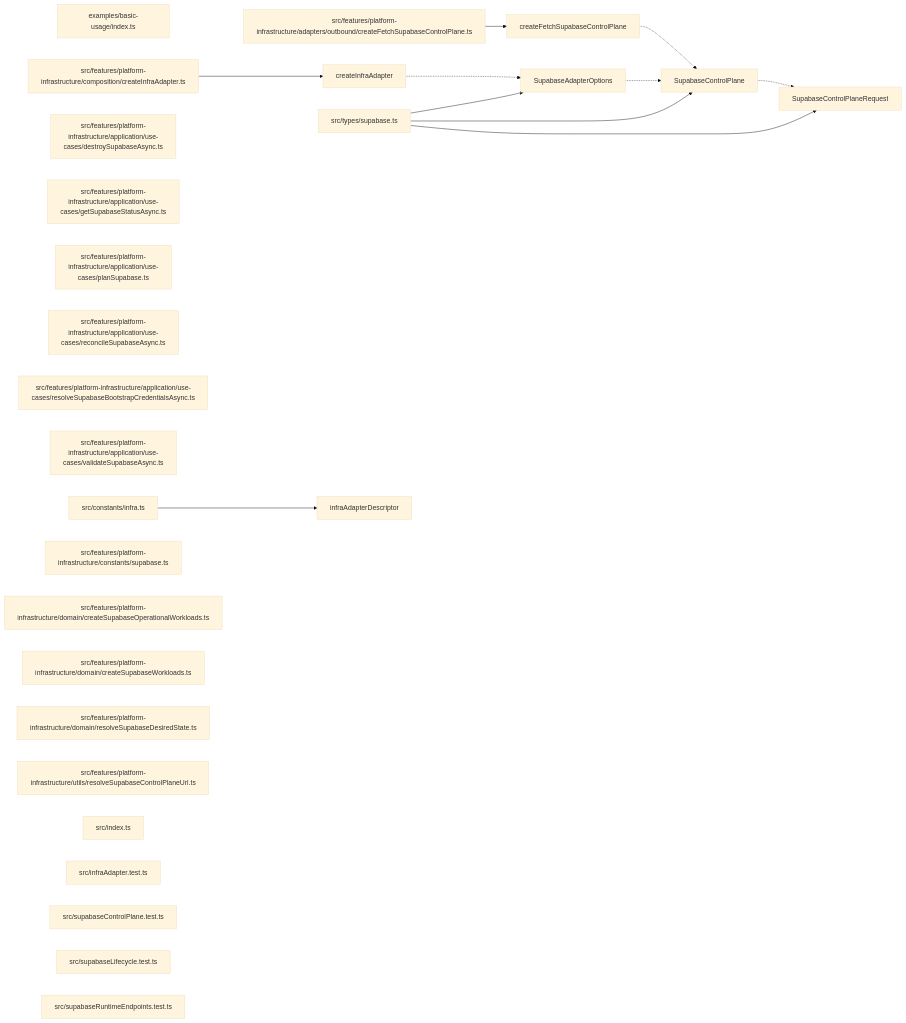
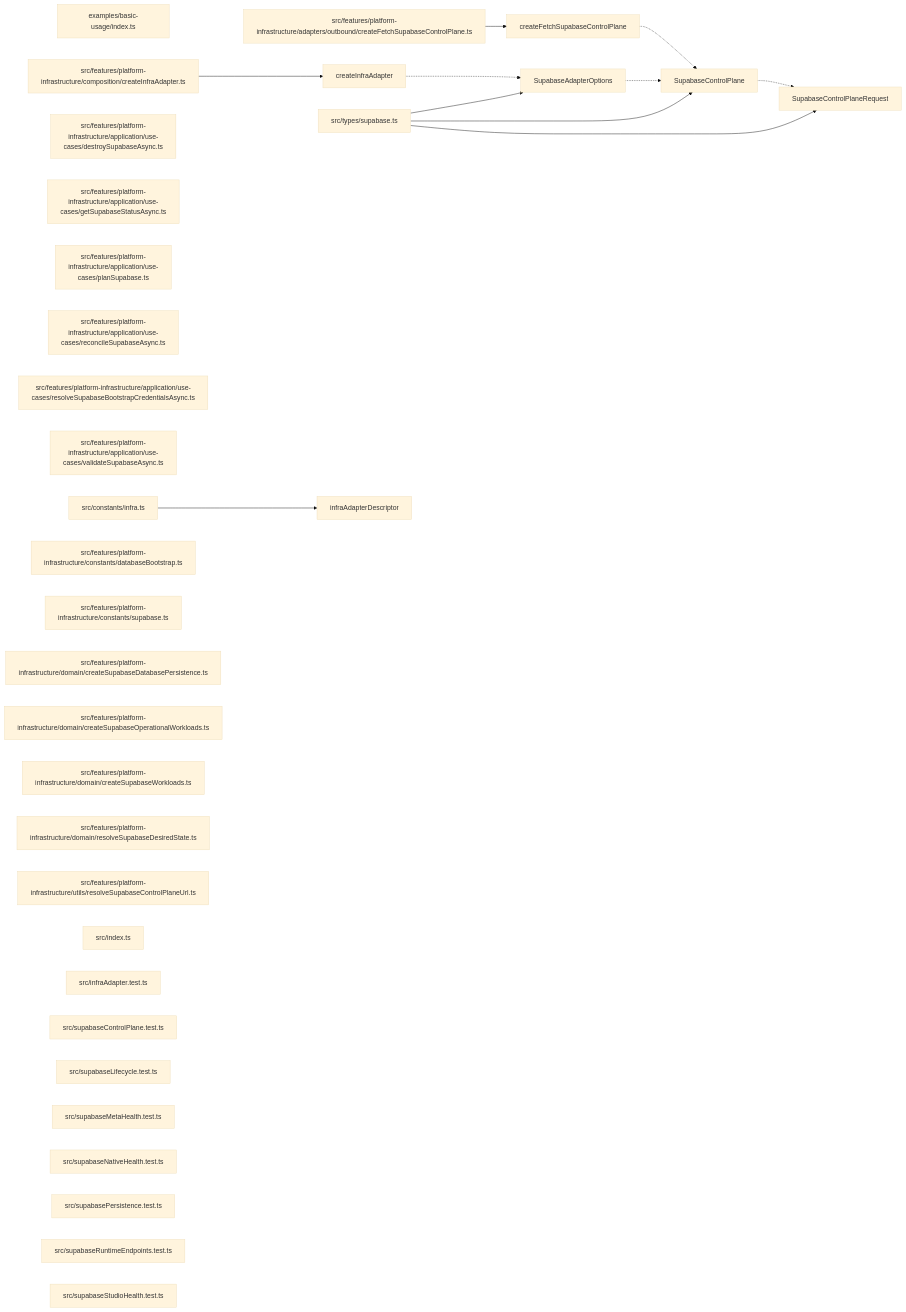
Before and after one commit to ankhorage/supabase: the diagram in paradox/diagrams/export-graph.mmd, drawn with Mermaid (base theme). The commit also changed 11 other files, not shown here.

```diff
--- a/paradox/diagrams/export-graph.mmd
+++ b/paradox/diagrams/export-graph.mmd
@@ -1,38 +1,44 @@
 graph LR
   module_examples_basic_usage_index_ts["examples/basic-usage/index.ts"]
   module_src_constants_infra_ts["src/constants/infra.ts"]
   module_src_features_platform_infrastructure_adapters_outbound_createFetchSupabaseControlPlane_ts["src/features/platform-infrastructure/adapters/outbound/createFetchSupabaseControlPlane.ts"]
   module_src_features_platform_infrastructure_application_use_cases_destroySupabaseAsync_ts["src/features/platform-infrastructure/application/use-cases/destroySupabaseAsync.ts"]
   module_src_features_platform_infrastructure_application_use_cases_getSupabaseStatusAsync_ts["src/features/platform-infrastructure/application/use-cases/getSupabaseStatusAsync.ts"]
   module_src_features_platform_infrastructure_application_use_cases_planSupabase_ts["src/features/platform-infrastructure/application/use-cases/planSupabase.ts"]
   module_src_features_platform_infrastructure_application_use_cases_reconcileSupabaseAsync_ts["src/features/platform-infrastructure/application/use-cases/reconcileSupabaseAsync.ts"]
   module_src_features_platform_infrastructure_application_use_cases_resolveSupabaseBootstrapCredentialsAsync_ts["src/features/platform-infrastructure/application/use-cases/resolveSupabaseBootstrapCredentialsAsync.ts"]
   module_src_features_platform_infrastructure_application_use_cases_validateSupabaseAsync_ts["src/features/platform-infrastructure/application/use-cases/validateSupabaseAsync.ts"]
   module_src_features_platform_infrastructure_composition_createInfraAdapter_ts["src/features/platform-infrastructure/composition/createInfraAdapter.ts"]
+  module_src_features_platform_infrastructure_constants_databaseBootstrap_ts["src/features/platform-infrastructure/constants/databaseBootstrap.ts"]
   module_src_features_platform_infrastructure_constants_supabase_ts["src/features/platform-infrastructure/constants/supabase.ts"]
+  module_src_features_platform_infrastructure_domain_createSupabaseDatabasePersistence_ts["src/features/platform-infrastructure/domain/createSupabaseDatabasePersistence.ts"]
   module_src_features_platform_infrastructure_domain_createSupabaseOperationalWorkloads_ts["src/features/platform-infrastructure/domain/createSupabaseOperationalWorkloads.ts"]
   module_src_features_platform_infrastructure_domain_createSupabaseWorkloads_ts["src/features/platform-infrastructure/domain/createSupabaseWorkloads.ts"]
   module_src_features_platform_infrastructure_domain_resolveSupabaseDesiredState_ts["src/features/platform-infrastructure/domain/resolveSupabaseDesiredState.ts"]
   module_src_features_platform_infrastructure_utils_resolveSupabaseControlPlaneUrl_ts["src/features/platform-infrastructure/utils/resolveSupabaseControlPlaneUrl.ts"]
   module_src_index_ts["src/index.ts"]
   module_src_infraAdapter_test_ts["src/infraAdapter.test.ts"]
   module_src_supabaseControlPlane_test_ts["src/supabaseControlPlane.test.ts"]
   module_src_supabaseLifecycle_test_ts["src/supabaseLifecycle.test.ts"]
+  module_src_supabaseMetaHealth_test_ts["src/supabaseMetaHealth.test.ts"]
+  module_src_supabaseNativeHealth_test_ts["src/supabaseNativeHealth.test.ts"]
+  module_src_supabasePersistence_test_ts["src/supabasePersistence.test.ts"]
   module_src_supabaseRuntimeEndpoints_test_ts["src/supabaseRuntimeEndpoints.test.ts"]
+  module_src_supabaseStudioHealth_test_ts["src/supabaseStudioHealth.test.ts"]
   module_src_types_supabase_ts["src/types/supabase.ts"]
   export_createFetchSupabaseControlPlane["createFetchSupabaseControlPlane"]
   module_src_features_platform_infrastructure_adapters_outbound_createFetchSupabaseControlPlane_ts --> export_createFetchSupabaseControlPlane
   export_createFetchSupabaseControlPlane -.-> export_SupabaseControlPlane
   export_createInfraAdapter["createInfraAdapter"]
   module_src_features_platform_infrastructure_composition_createInfraAdapter_ts --> export_createInfraAdapter
   export_createInfraAdapter -.-> export_SupabaseAdapterOptions
   export_infraAdapterDescriptor["infraAdapterDescriptor"]
   module_src_constants_infra_ts --> export_infraAdapterDescriptor
   export_SupabaseAdapterOptions["SupabaseAdapterOptions"]
   module_src_types_supabase_ts --> export_SupabaseAdapterOptions
   export_SupabaseAdapterOptions -.-> export_SupabaseControlPlane
   export_SupabaseControlPlane["SupabaseControlPlane"]
   module_src_types_supabase_ts --> export_SupabaseControlPlane
   export_SupabaseControlPlane -.-> export_SupabaseControlPlaneRequest
   export_SupabaseControlPlaneRequest["SupabaseControlPlaneRequest"]
   module_src_types_supabase_ts --> export_SupabaseControlPlaneRequest
```
